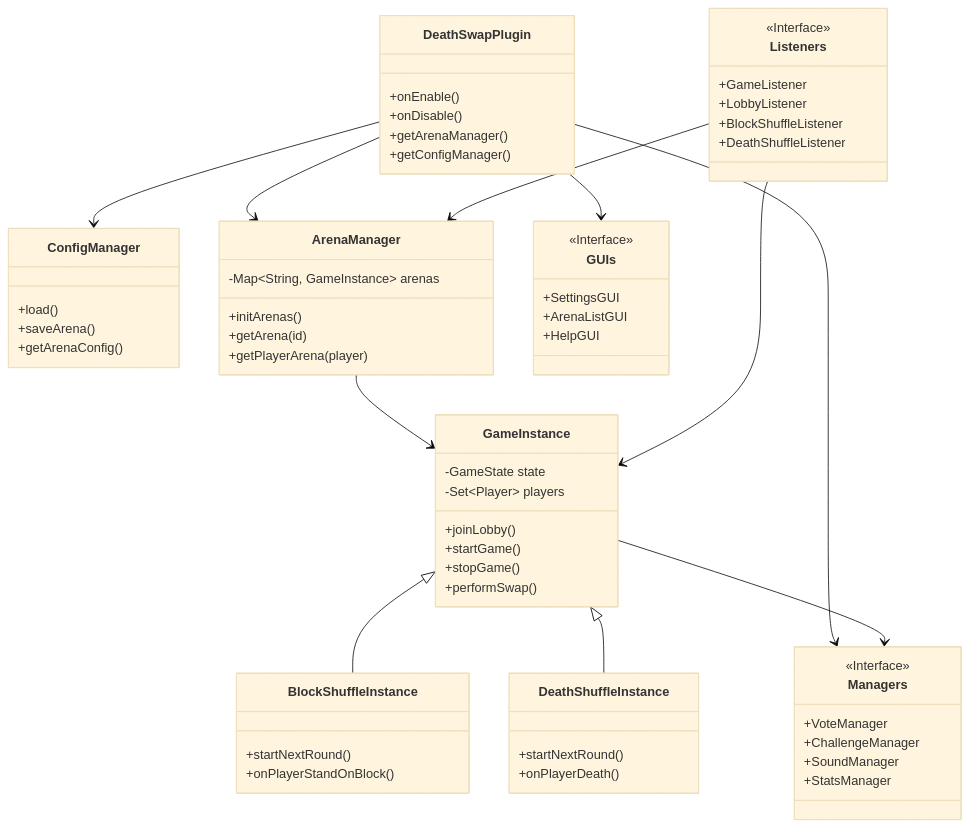
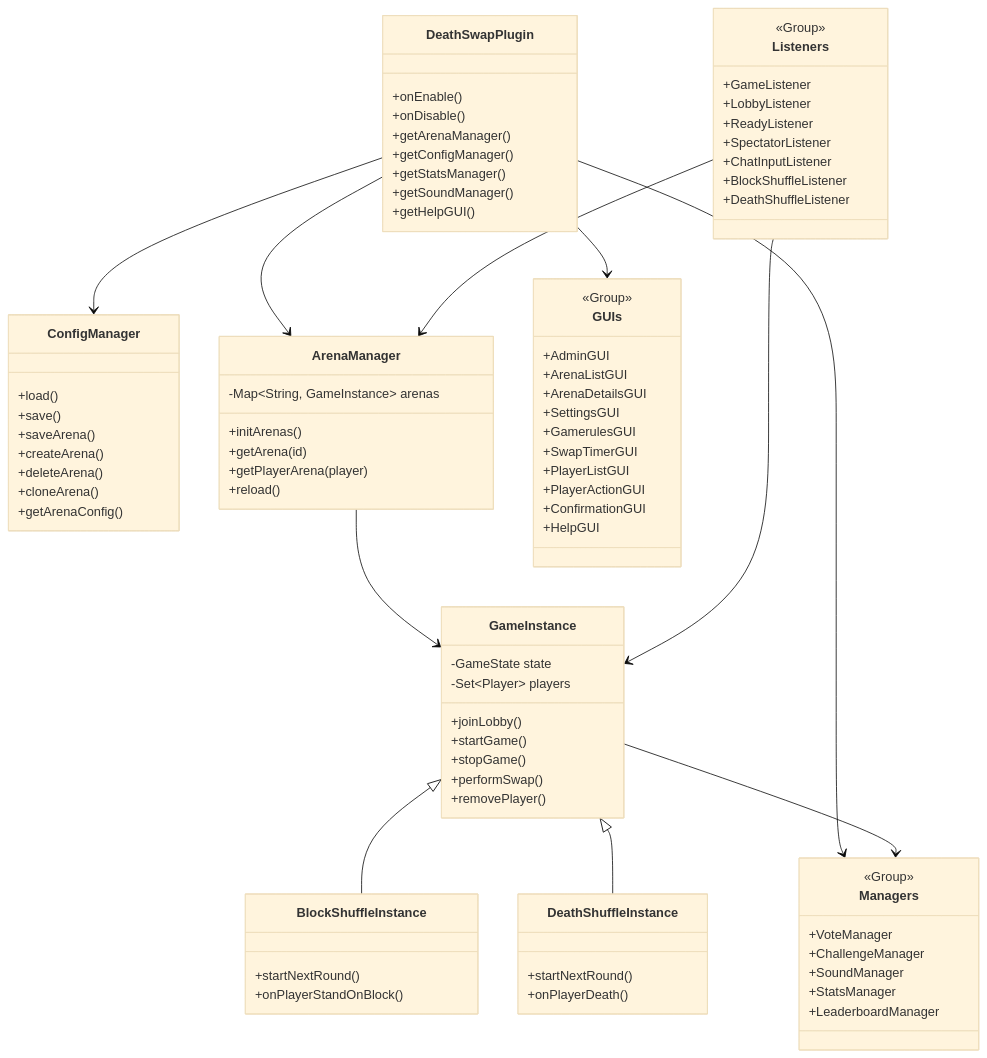
One commit to DualsFWShield/DeathSwap changed the second of 2 diagrams in README.md. Above: the diagram before and after it, drawn with Mermaid (base theme). The commit also changed other lines of this file and 4 other files, not shown here.

```diff
--- a/README.md
+++ b/README.md
@@ -499,11 +547,18 @@
         +onDisable()
         +getArenaManager()
         +getConfigManager()
+        +getStatsManager()
+        +getSoundManager()
+        +getHelpGUI()
     }
   
     class ConfigManager {
         +load()
+        +save()
         +saveArena()
+        +createArena()
+        +deleteArena()
+        +cloneArena()
         +getArenaConfig()
     }
   
@@ -512,6 +567,7 @@
         +initArenas()
         +getArena(id)
         +getPlayerArena(player)
+        +reload()
     }
   
     class GameInstance {
@@ -521,6 +577,7 @@
         +startGame()
         +stopGame()
         +performSwap()
+        +removePlayer()
     }
   
     class BlockShuffleInstance {
@@ -534,25 +591,36 @@
     }
   
     class Listeners {
-        <<Interface>>
+        <<Group>>
         +GameListener
         +LobbyListener
+        +ReadyListener
+        +SpectatorListener
+        +ChatInputListener
         +BlockShuffleListener
         +DeathShuffleListener
     }
   
     class Managers {
-        <<Interface>>
+        <<Group>>
         +VoteManager
         +ChallengeManager
         +SoundManager
         +StatsManager
+        +LeaderboardManager
     }
   
     class GUIs {
-        <<Interface>>
+        <<Group>>
+        +AdminGUI
+        +ArenaListGUI
+        +ArenaDetailsGUI
         +SettingsGUI
-        +ArenaListGUI
+        +GamerulesGUI
+        +SwapTimerGUI
+        +PlayerListGUI
+        +PlayerActionGUI
+        +ConfirmationGUI
         +HelpGUI
     }
 
```
